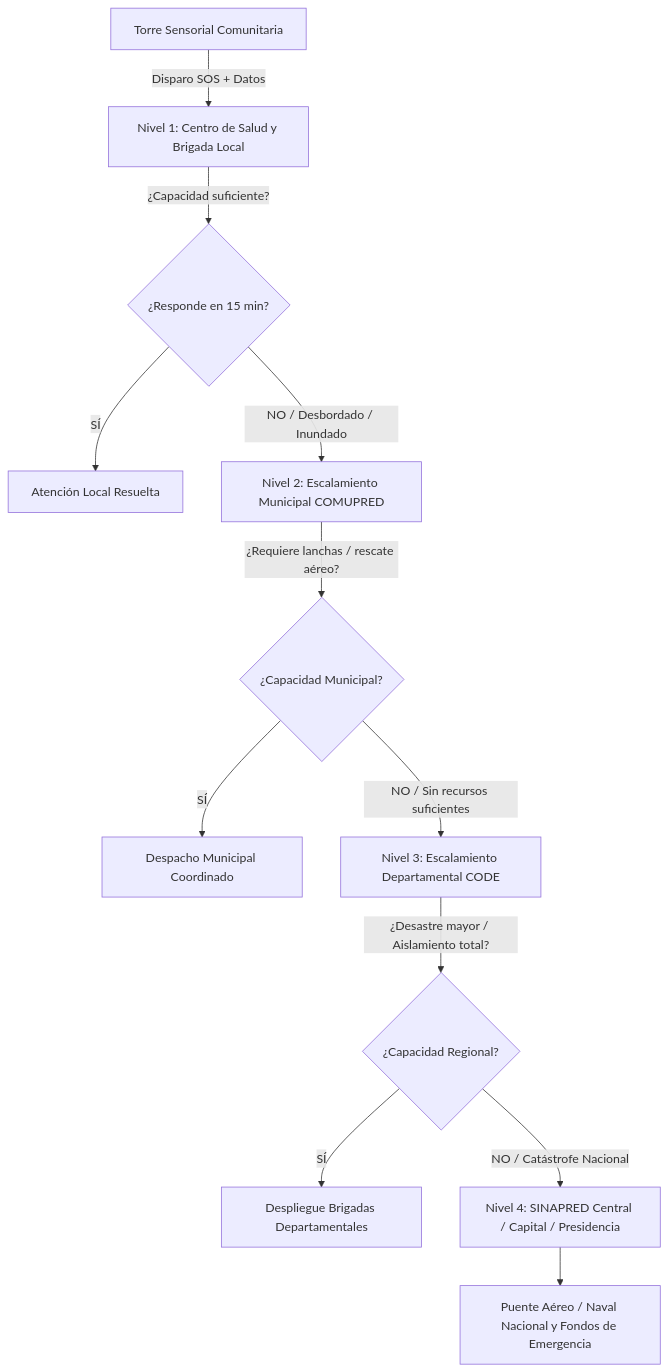
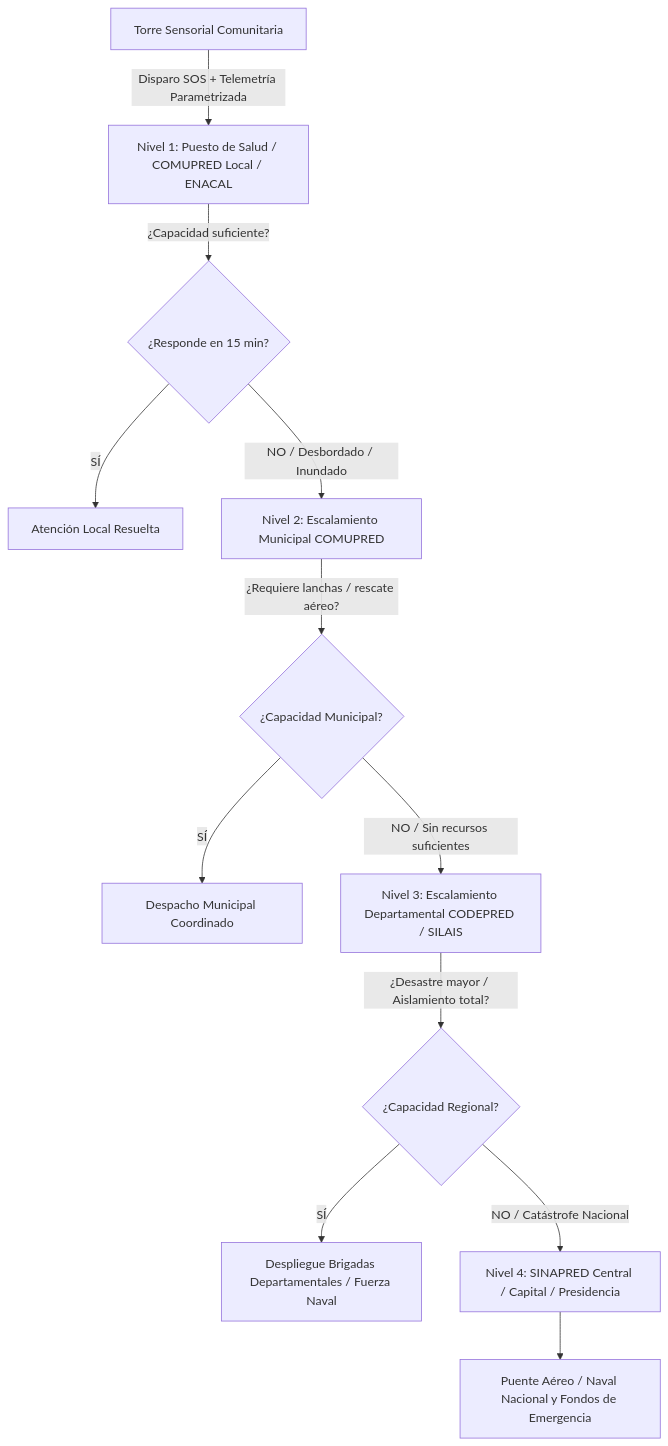
One commit to Gakilol/Rally-Latinoamericano changed the diagram in PROPUESTA_TECNICA.md. Above: the diagram before and after it, drawn with Mermaid. The commit also changed other lines of this file, not shown here.

Commit message:
feat: parametrizacion interinstitucional con SINAPRED, COMUPRED, INETER, MINSA, ENACAL, ENATREL y MTI

````diff
--- a/PROPUESTA_TECNICA.md
+++ b/PROPUESTA_TECNICA.md
@@ -92,18 +125,18 @@
 ```mermaid
 graph TD
-    T[Torre Sensorial Comunitaria] -->|Disparo SOS + Datos| L[Nivel 1: Centro de Salud y Brigada Local]
+    T[Torre Sensorial Comunitaria] -->|Disparo SOS + Telemetría Parametrizada| L[Nivel 1: Puesto de Salud / COMUPRED Local / ENACAL]
     L -->|¿Capacidad suficiente?| D1{¿Responde en 15 min?}
     
     D1 -->|SÍ| S1[Atención Local Resuelta]
     D1 -->|NO / Desbordado / Inundado| M[Nivel 2: Escalamiento Municipal COMUPRED]
     
     M -->|¿Requiere lanchas / rescate aéreo?| D2{¿Capacidad Municipal?}
     D2 -->|SÍ| S2[Despacho Municipal Coordinado]
-    D2 -->|NO / Sin recursos suficientes| DEP[Nivel 3: Escalamiento Departamental CODE]
+    D2 -->|NO / Sin recursos suficientes| DEP[Nivel 3: Escalamiento Departamental CODEPRED / SILAIS]
     
     DEP -->|¿Desastre mayor / Aislamiento total?| D3{¿Capacidad Regional?}
-    D3 -->|SÍ| S3[Despliegue Brigadas Departamentales]
+    D3 -->|SÍ| S3[Despliegue Brigadas Departamentales / Fuerza Naval]
     D3 -->|NO / Catástrofe Nacional| CAP[Nivel 4: SINAPRED Central / Capital / Presidencia]
     
     CAP --> S4[Puente Aéreo / Naval Nacional y Fondos de Emergencia]
 ```
````
